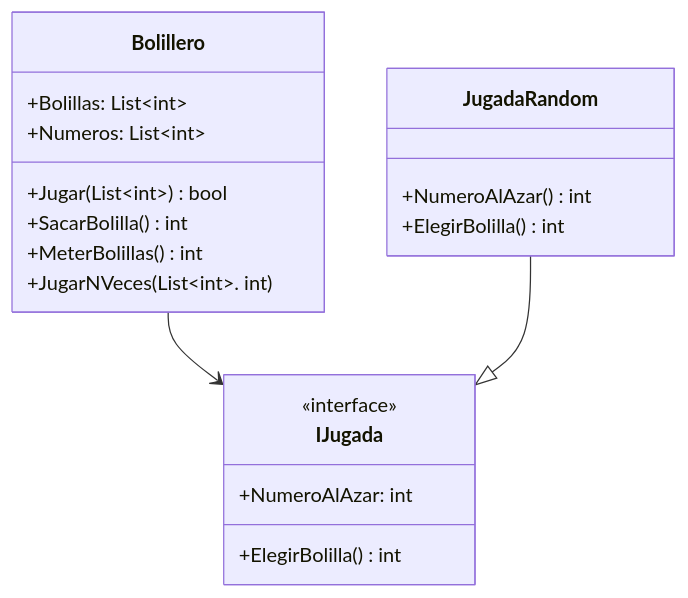
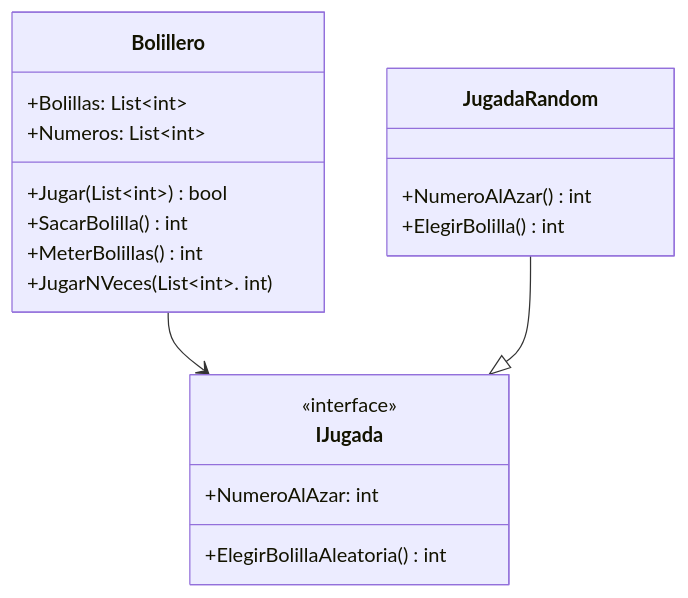
One commit to SaraCastro124/Tp-bolillero changed the diagram in docs/README.md. Above: the diagram before and after it, drawn with Mermaid. The commit also changed 3 other files, not shown here.

````diff
--- a/docs/README.md
+++ b/docs/README.md
@@ -3,23 +3,23 @@
 ```mermaid
 classDiagram
     class Bolillero{
         +Bolillas: List~int~
         +Numeros: List~int~
         +Jugar(List~int~) bool
         +SacarBolilla() int
         +MeterBolillas() int
         +JugarNVeces(List~int~. int) 
     }
     class IJugada{
         <<interface>>
         +NumeroAlAzar: int
-        +ElegirBolilla() int
+        +ElegirBolillaAleatoria() int
     }
     class JugadaRandom{
         +NumeroAlAzar() int
         +ElegirBolilla() int
     }
     Bolillero --> IJugada
     JugadaRandom --|> IJugada
     
 ```
````
